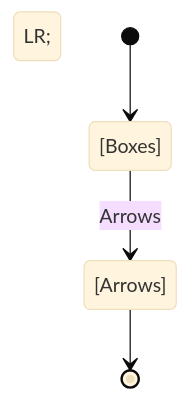
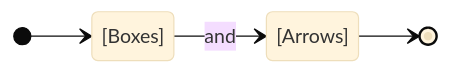
Before and after one commit to carteras/IT-CBR: the diagram in cookbook/SDLC/Boxes and Arrows/boxes_and_arrows_fun.md, drawn with Mermaid (base theme).

````diff
--- a/cookbook/SDLC/Boxes and Arrows/boxes_and_arrows_fun.md
+++ b/cookbook/SDLC/Boxes and Arrows/boxes_and_arrows_fun.md
@@ -5,6 +5,7 @@
 ```mermaid
-  stateDiagram LR;
+  stateDiagram
+    direction LR
     [*] --> [Boxes]
-    [Boxes] --> [Arrows]: Arrows
+    [Boxes] --> [Arrows]: and
     [Arrows] --> [*]
 ```
````
